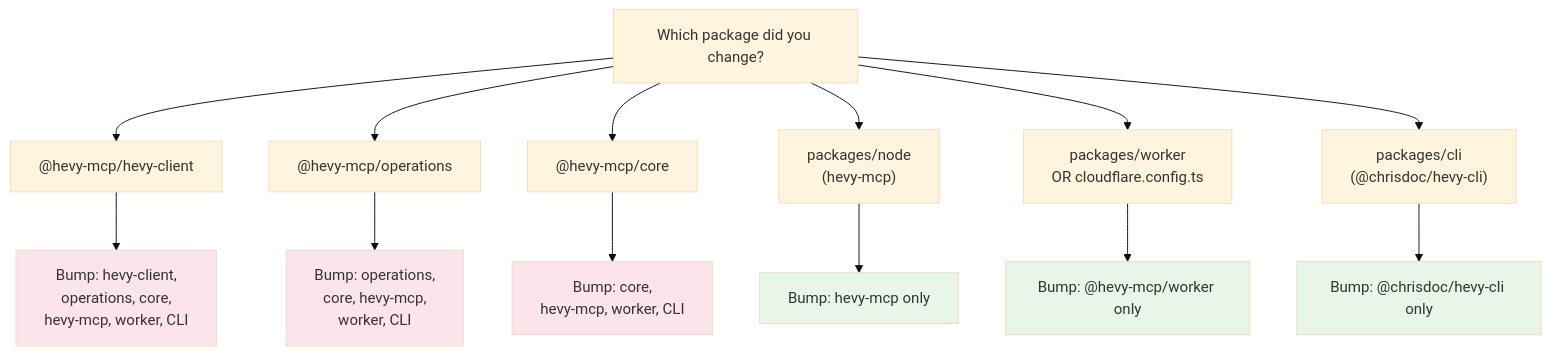
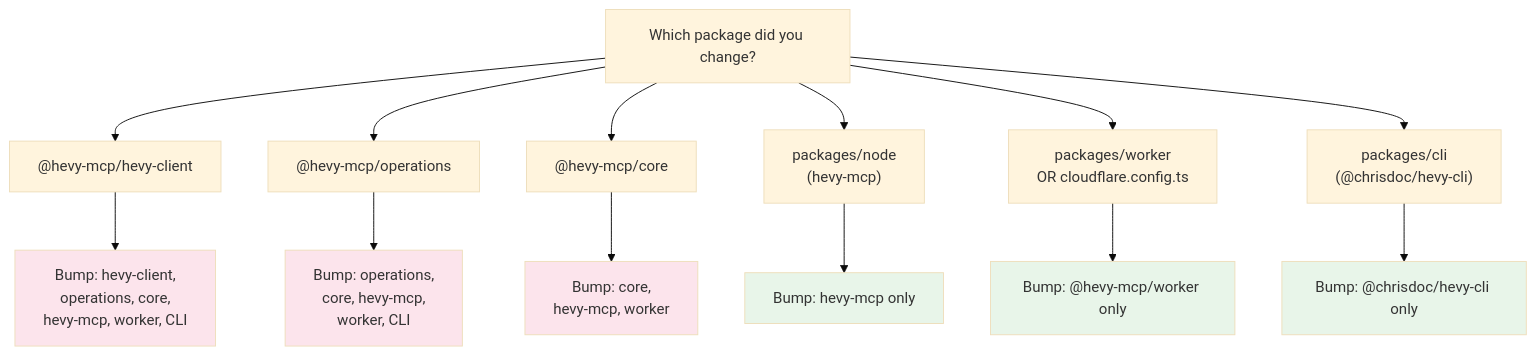
The second of 2 diagrams in docs/architecture.md (chrisdoc/hevy-mcp), drawn with Mermaid (base theme) before and after one commit. The commit also changed other lines of this file and 26 other files, not shown here.

First line of the commit message:
refactor: decouple CLI from MCP Core #1174 (#1184)

````diff
--- a/docs/architecture.md
+++ b/docs/architecture.md
@@ -141,25 +146,25 @@
 ```mermaid
 flowchart TD
     Q["Which package did you change?"]
 
     Q --> HC["@hevy-mcp/hevy-client"]
     Q --> OPS["@hevy-mcp/operations"]
     Q --> CORE["@hevy-mcp/core"]
     Q --> NODE["packages/node<br/>(hevy-mcp)"]
     Q --> WORKER["packages/worker<br/>OR cloudflare.config.ts"]
     Q --> CLI["packages/cli<br/>(@chrisdoc/hevy-cli)"]
 
     HC --> HC_BUMPS["Bump: hevy-client,<br/>operations, core,<br/>hevy-mcp, worker, CLI"]
     OPS --> OPS_BUMPS["Bump: operations,<br/>core, hevy-mcp,<br/>worker, CLI"]
-    CORE --> CORE_BUMPS["Bump: core,<br/>hevy-mcp, worker, CLI"]
+    CORE --> CORE_BUMPS["Bump: core,<br/>hevy-mcp, worker"]
     NODE --> NODE_BUMPS["Bump: hevy-mcp only"]
     WORKER --> WORKER_BUMPS["Bump: @hevy-mcp/worker only"]
     CLI --> CLI_BUMPS["Bump: @chrisdoc/hevy-cli only"]
 
     style HC_BUMPS fill:#fce4ec
     style OPS_BUMPS fill:#fce4ec
     style CORE_BUMPS fill:#fce4ec
     style NODE_BUMPS fill:#e8f5e9
     style WORKER_BUMPS fill:#e8f5e9
     style CLI_BUMPS fill:#e8f5e9
 ```
````
